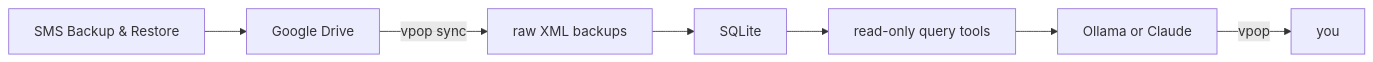
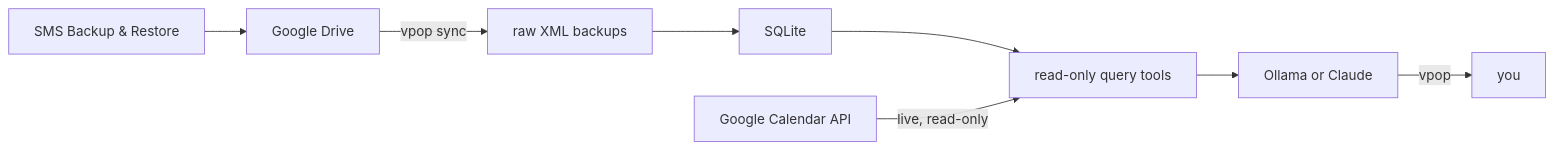
The diagram in README.md (marcushadeed/vPop), drawn with Mermaid before and after one commit. The commit also changed other lines of this file and 4 other files, not shown here.

````diff
--- a/README.md
+++ b/README.md
@@ -26,9 +27,10 @@
 ```mermaid
 graph LR
     backup["SMS Backup & Restore"] --> drive["Google Drive"]
     drive -->|vpop sync| raw["raw XML backups"]
     raw --> sqlite["SQLite"]
     sqlite --> tools["read-only query tools"]
+    calendar["Google Calendar API"] -->|live, read-only| tools
     tools --> llm["Ollama or Claude"]
     llm -->|vpop| you["you"]
 ```
````
